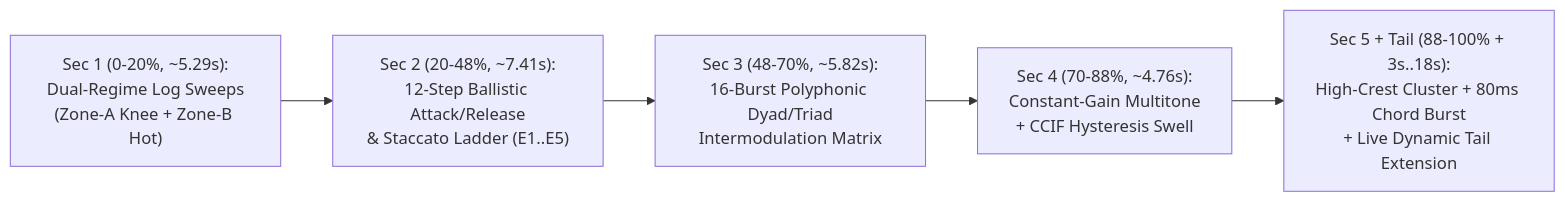
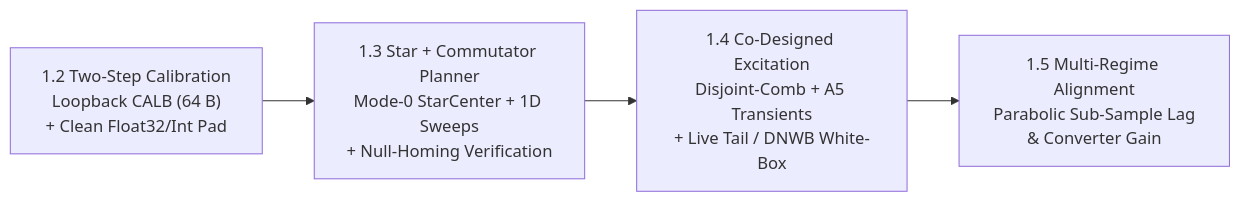
The diagram in docs/specs/training/capture_and_alignment.md (dnam-project/dnam), drawn with Mermaid before and after one commit. The commit also changed other lines of this file and 232 other files, not shown here.

````diff
--- a/docs/specs/training/capture_and_alignment.md
+++ b/docs/specs/training/capture_and_alignment.md
@@ -96,7 +31,6 @@
 ```mermaid
 flowchart LR
-    S1["Sec 1 (0-20%, ~5.29s):<br/>Dual-Regime Log Sweeps<br/>(Zone-A Knee + Zone-B Hot)"] --> S2["Sec 2 (20-48%, ~7.41s):<br/>12-Step Ballistic Attack/Release<br/>& Staccato Ladder (E1..E5)"]
-    S2 --> S3["Sec 3 (48-70%, ~5.82s):<br/>16-Burst Polyphonic Dyad/Triad<br/>Intermodulation Matrix"]
-    S3 --> S4["Sec 4 (70-88%, ~4.76s):<br/>Constant-Gain Multitone<br/>+ CCIF Hysteresis Swell"]
-    S4 --> S5["Sec 5 + Tail (88-100% + 3s..18s):<br/>High-Crest Cluster + 80ms Chord Burst<br/>+ Live Dynamic Tail Extension"]
+    Calib["1.2 Two-Step Calibration<br/>Loopback CALB (64 B)<br/>+ Clean Float32/Int Pad"] --> Plan["1.3 Star + Commutator Planner<br/>Mode-0 StarCenter + 1D Sweeps<br/>+ Null-Homing Verification"]
+    Plan --> Excite["1.4 Co-Designed Excitation<br/>Disjoint-Comb + A5 Transients<br/>+ Live Tail / DNWB White-Box"]
+    Excite --> Align["1.5 Multi-Regime Alignment<br/>Parabolic Sub-Sample Lag<br/>& Converter Gain"]
 ```
````
